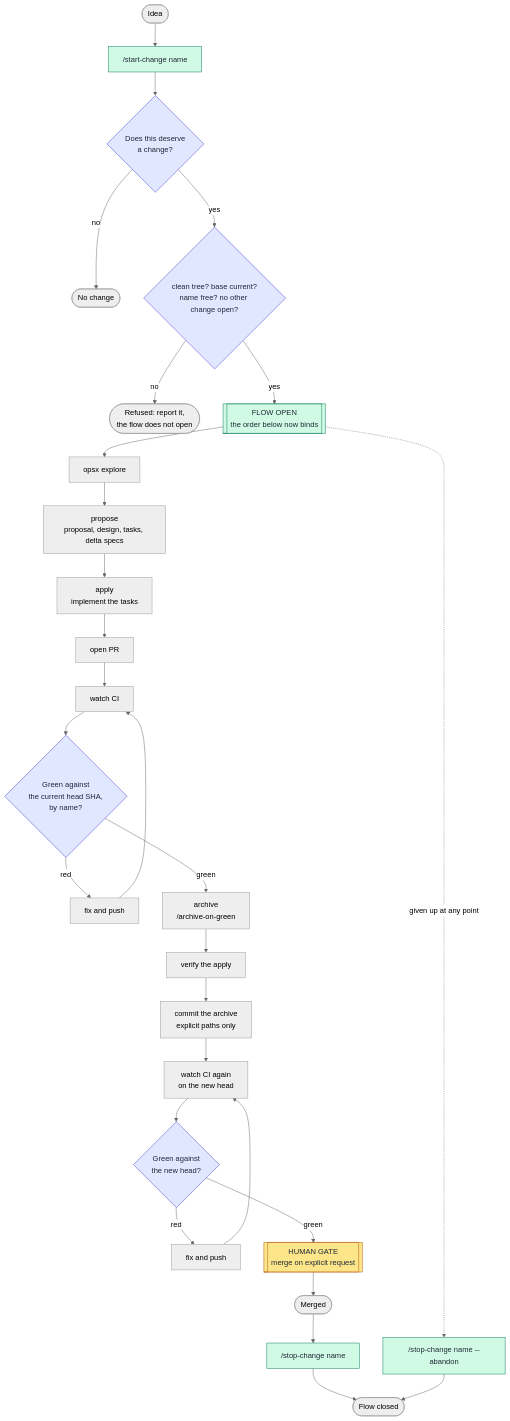
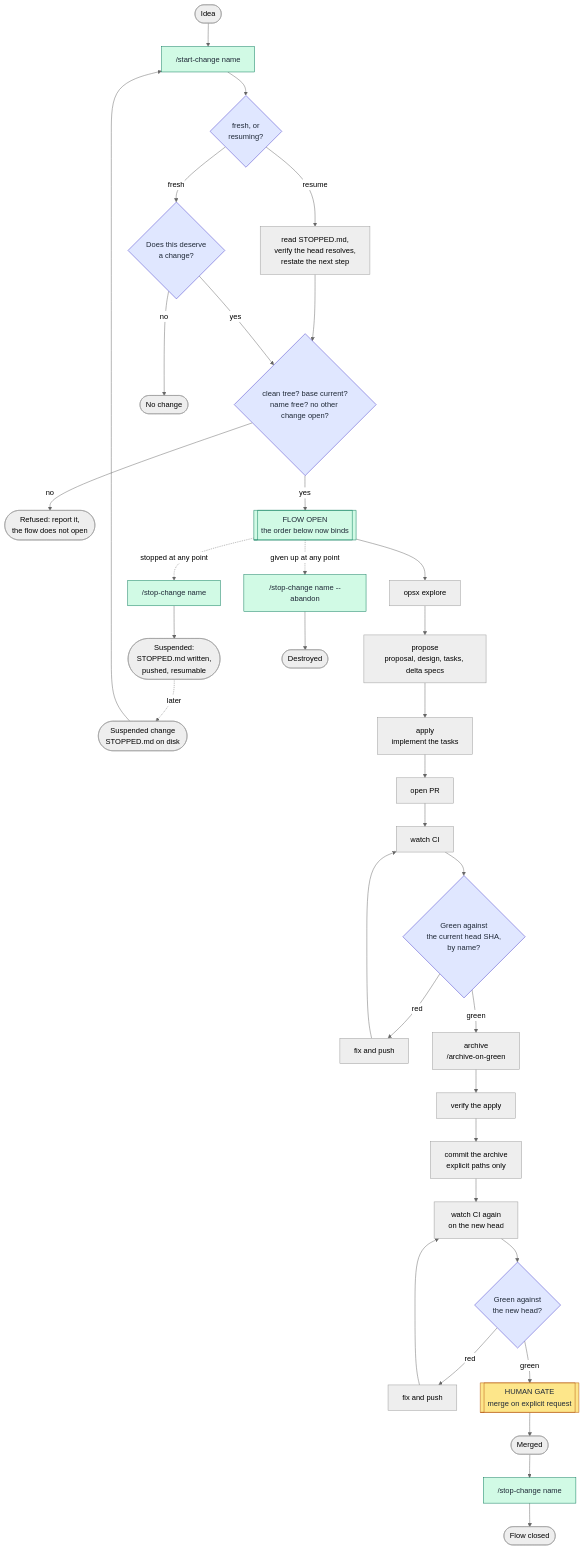
One commit to codecicada/openspec-flow changed the first of 6 diagrams in docs/change-flow.md. Above: the diagram before and after it, drawn with Mermaid (neutral theme). The commit also changed other lines of this file and 8 other files, not shown here.

````diff
--- a/docs/change-flow.md
+++ b/docs/change-flow.md
@@ -8,43 +8,52 @@
 ```mermaid
 flowchart TD
   start(["Idea"]) --> openCmd["/start-change name"]
-  openCmd --> deserve{"Does this deserve<br/>a change?"}
+  suspended(["Suspended change<br/>STOPPED.md on disk"]) --> openCmd
+  openCmd --> way{"fresh, or<br/>resuming?"}
+  way -- resume --> resumept["read STOPPED.md,<br/>verify the head resolves,<br/>restate the next step"]
+  resumept --> checks
+  way -- fresh --> deserve{"Does this deserve<br/>a change?"}
   deserve -- no --> drop(["No change"])
   deserve -- yes --> checks{"clean tree? base current?<br/>name free? no other change open?"}
   checks -- no --> refuse(["Refused: report it,<br/>the flow does not open"])
   checks -- yes --> opened[["FLOW OPEN<br/>the order below now binds"]]
   opened --> explore["opsx explore"]
   explore --> propose["propose<br/>proposal, design, tasks, delta specs"]
   propose --> apply["apply<br/>implement the tasks"]
   apply --> pr["open PR"]
   pr --> ci1["watch CI"]
   ci1 --> green1{"Green against<br/>the current head SHA,<br/>by name?"}
   green1 -- "red" --> fix["fix and push"]
   fix --> ci1
   green1 -- "green" --> archive["archive<br/>/archive-on-green"]
   archive --> verify["verify the apply"]
   verify --> commit["commit the archive<br/>explicit paths only"]
   commit --> ci2["watch CI again<br/>on the new head"]
   ci2 --> green2{"Green against<br/>the new head?"}
   green2 -- red --> fix2["fix and push"]
   fix2 --> ci2
   green2 -- green --> gate[["HUMAN GATE<br/>merge on explicit request"]]
   gate --> merged(["Merged"])
   merged --> closeCmd["/stop-change name"]
   closeCmd --> closed(["Flow closed"])
+  opened -. "stopped at any point" .-> stopCmd["/stop-change name"]
+  stopCmd --> suspend(["Suspended:<br/>STOPPED.md written,<br/>pushed, resumable"])
+  suspend -. later .-> suspended
   opened -. "given up at any point" .-> abandonCmd["/stop-change name --abandon"]
-  abandonCmd --> closed
+  abandonCmd --> destroyed(["Destroyed"])
 
   classDef human fill:#fde68a,stroke:#b45309,color:#1f2937;
   classDef question fill:#e0e7ff,stroke:#4338ca,color:#1f2937;
   classDef bracket fill:#d1fae5,stroke:#047857,color:#1f2937;
   class gate human;
   class deserve question;
   class checks question;
   class green1 question;
   class green2 question;
+  class way question;
   class opened bracket;
   class openCmd bracket;
   class closeCmd bracket;
+  class stopCmd bracket;
   class abandonCmd bracket;
 ```
````
